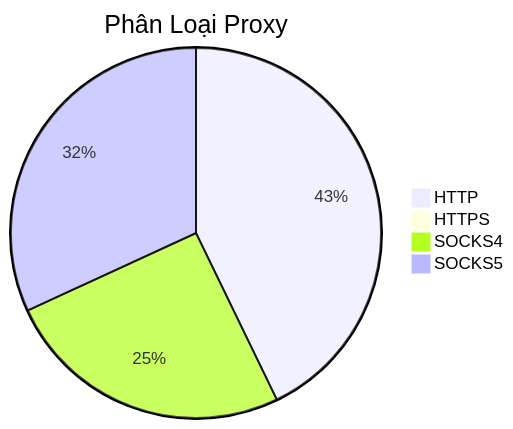
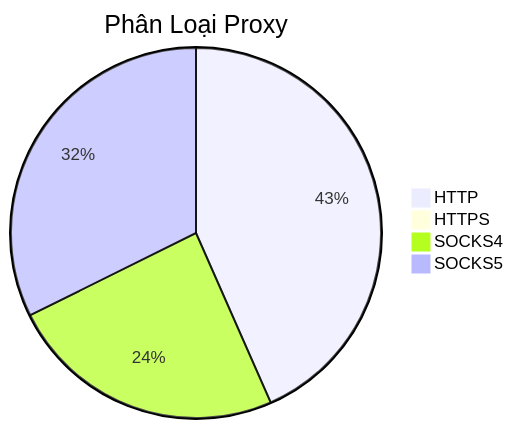
One commit to Ciara-12/PROXY-free changed the diagram in README.md. Above: the diagram before and after it, drawn with Mermaid. The commit also changed other lines of this file and 3 other files, not shown here.

````diff
--- a/README.md
+++ b/README.md
@@ -26,7 +26,7 @@
 ```mermaid
 pie title Phân Loại Proxy
-    "HTTP" : 563
+    "HTTP" : 588
     "HTTPS" : 0
-    "SOCKS4" : 333
-    "SOCKS5" : 419
+    "SOCKS4" : 329
+    "SOCKS5" : 438
 ```
````
